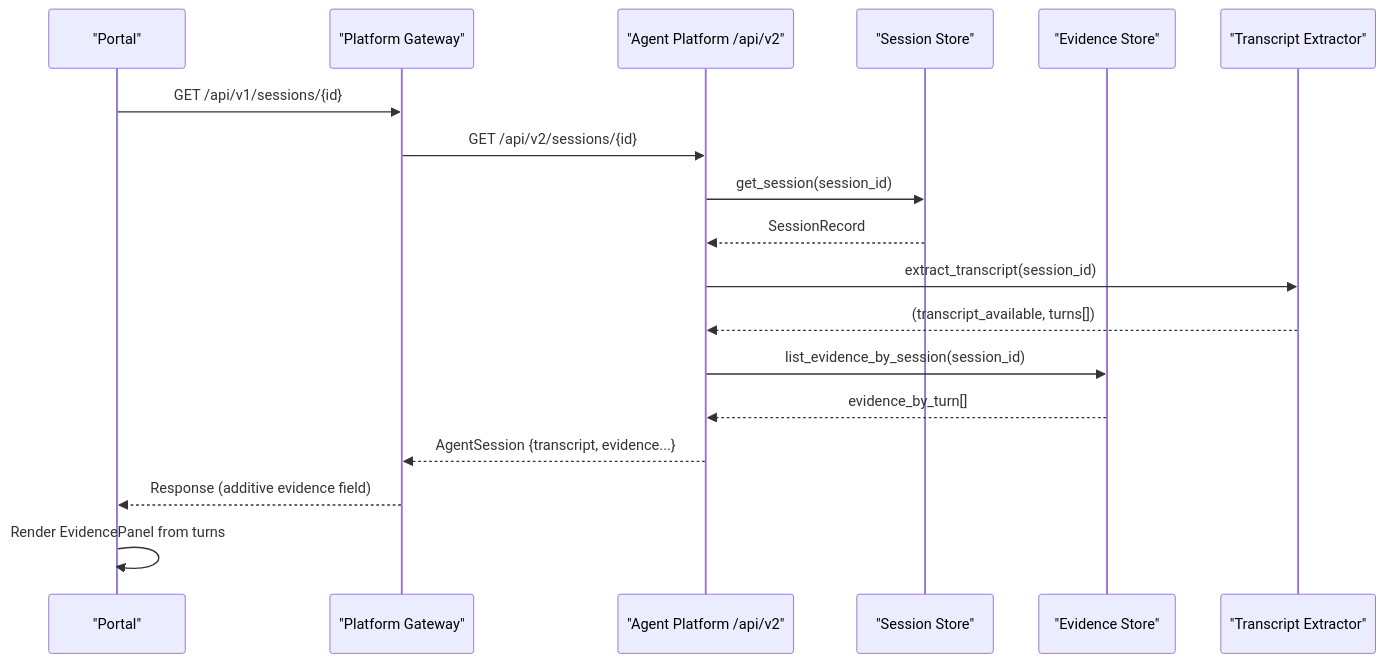
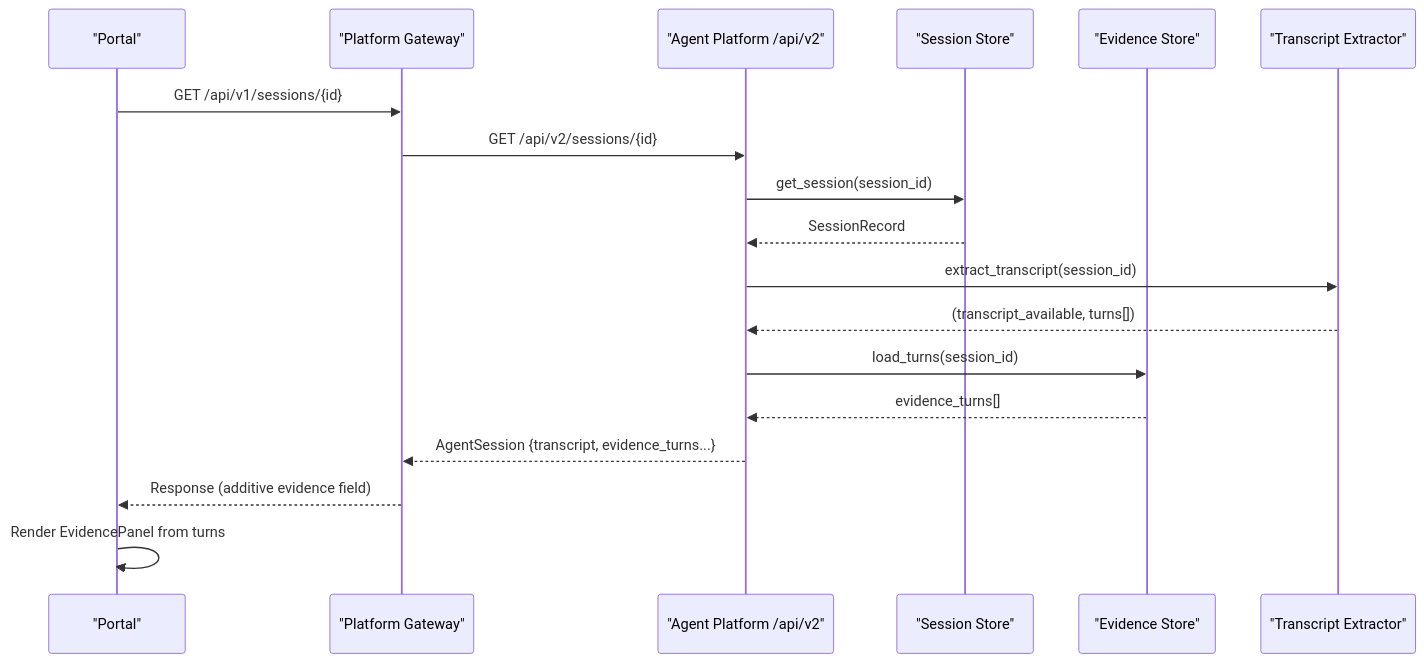
Before and after one commit to metasync/luban-aiops: the second of 8 diagrams in .qoder/repowiki/en/content/Architecture Documentation/SPEC-025_ Evidence Persistence in Transcripts.md, drawn with Mermaid. The commit also changed other lines of this file and 26 other files, not shown here.

````diff
--- a/.qoder/repowiki/en/content/Architecture Documentation/SPEC-025_ Evidence Persistence in Transcripts.md
+++ b/.qoder/repowiki/en/content/Architecture Documentation/SPEC-025_ Evidence Persistence in Transcripts.md
@@ -93,20 +108,20 @@
 ```mermaid
 sequenceDiagram
 participant Client as "Portal"
 participant Gateway as "Platform Gateway"
 participant AgentAPI as "Agent Platform /api/v2"
 participant Store as "Session Store"
 participant Evidence as "Evidence Store"
 participant Transcript as "Transcript Extractor"
 Client->>Gateway : GET /api/v1/sessions/{id}
 Gateway->>AgentAPI : GET /api/v2/sessions/{id}
 AgentAPI->>Store : get_session(session_id)
 Store-->>AgentAPI : SessionRecord
 AgentAPI->>Transcript : extract_transcript(session_id)
 Transcript-->>AgentAPI : (transcript_available, turns[])
-AgentAPI->>Evidence : list_evidence_by_session(session_id)
-Evidence-->>AgentAPI : evidence_by_turn[]
-AgentAPI-->>Gateway : AgentSession {transcript, evidence...}
+AgentAPI->>Evidence : load_turns(session_id)
+Evidence-->>AgentAPI : evidence_turns[]
+AgentAPI-->>Gateway : AgentSession {transcript, evidence_turns...}
 Gateway-->>Client : Response (additive evidence field)
 Client->>Client : Render EvidencePanel from turns
 ```
````
